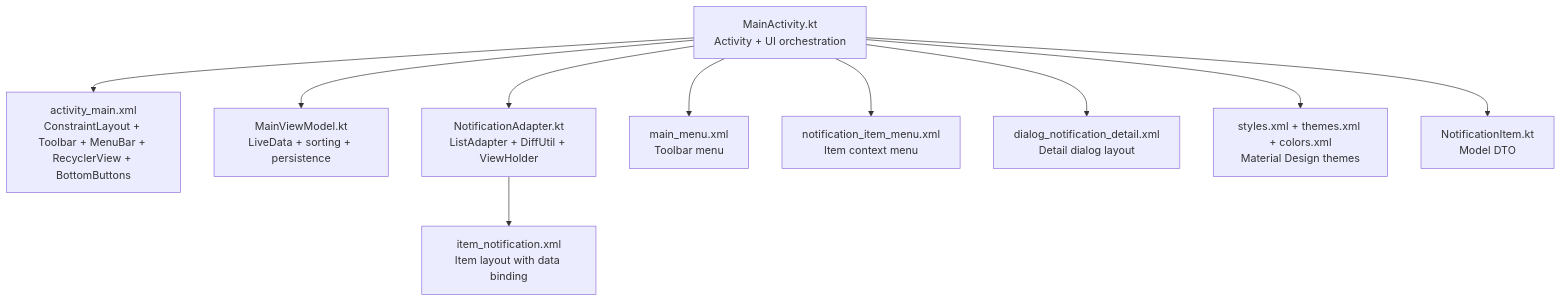
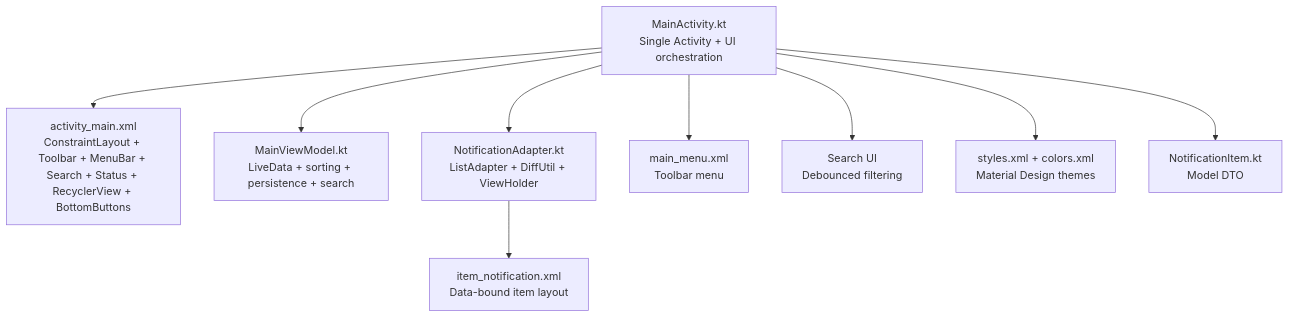
Before and after one commit to caldefoc/NotificationLog: the first of 8 diagrams in .qoder/repowiki/en/content/Architecture Overview/UI Components.md, drawn with Mermaid. The commit also changed other lines of this file and 13 other files, not shown here.

Commit message:
docs(repowiki): regenerate the project wiki for 1.2  Adds Search and Bulk Operations under Core Features and splits the single Service Layer page into a directory with a Connection State Management child page. No content is dropped; the old flat page is superseded in place.

````diff
--- a/.qoder/repowiki/en/content/Architecture Overview/UI Components.md
+++ b/.qoder/repowiki/en/content/Architecture Overview/UI Components.md
@@ -45,12 +50,11 @@
 ```mermaid
 graph TB
-A["MainActivity.kt<br/>Activity + UI orchestration"] --> B["activity_main.xml<br/>ConstraintLayout + Toolbar + MenuBar + RecyclerView + BottomButtons"]
-A --> C["MainViewModel.kt<br/>LiveData + sorting + persistence"]
+A["MainActivity.kt<br/>Single Activity + UI orchestration"] --> B["activity_main.xml<br/>ConstraintLayout + Toolbar + MenuBar + Search + Status + RecyclerView + BottomButtons"]
+A --> C["MainViewModel.kt<br/>LiveData + sorting + persistence + search"]
 A --> D["NotificationAdapter.kt<br/>ListAdapter + DiffUtil + ViewHolder"]
-D --> E["item_notification.xml<br/>Item layout with data binding"]
+D --> E["item_notification.xml<br/>Data-bound item layout"]
 A --> F["main_menu.xml<br/>Toolbar menu"]
-A --> G["notification_item_menu.xml<br/>Item context menu"]
-A --> H["dialog_notification_detail.xml<br/>Detail dialog layout"]
-A --> I["styles.xml + themes.xml + colors.xml<br/>Material Design themes"]
-A --> J["NotificationItem.kt<br/>Model DTO"]
+A --> G["Search UI<br/>Debounced filtering"]
+A --> H["styles.xml + colors.xml<br/>Material Design themes"]
+A --> I["NotificationItem.kt<br/>Model DTO"]
 ```
````
